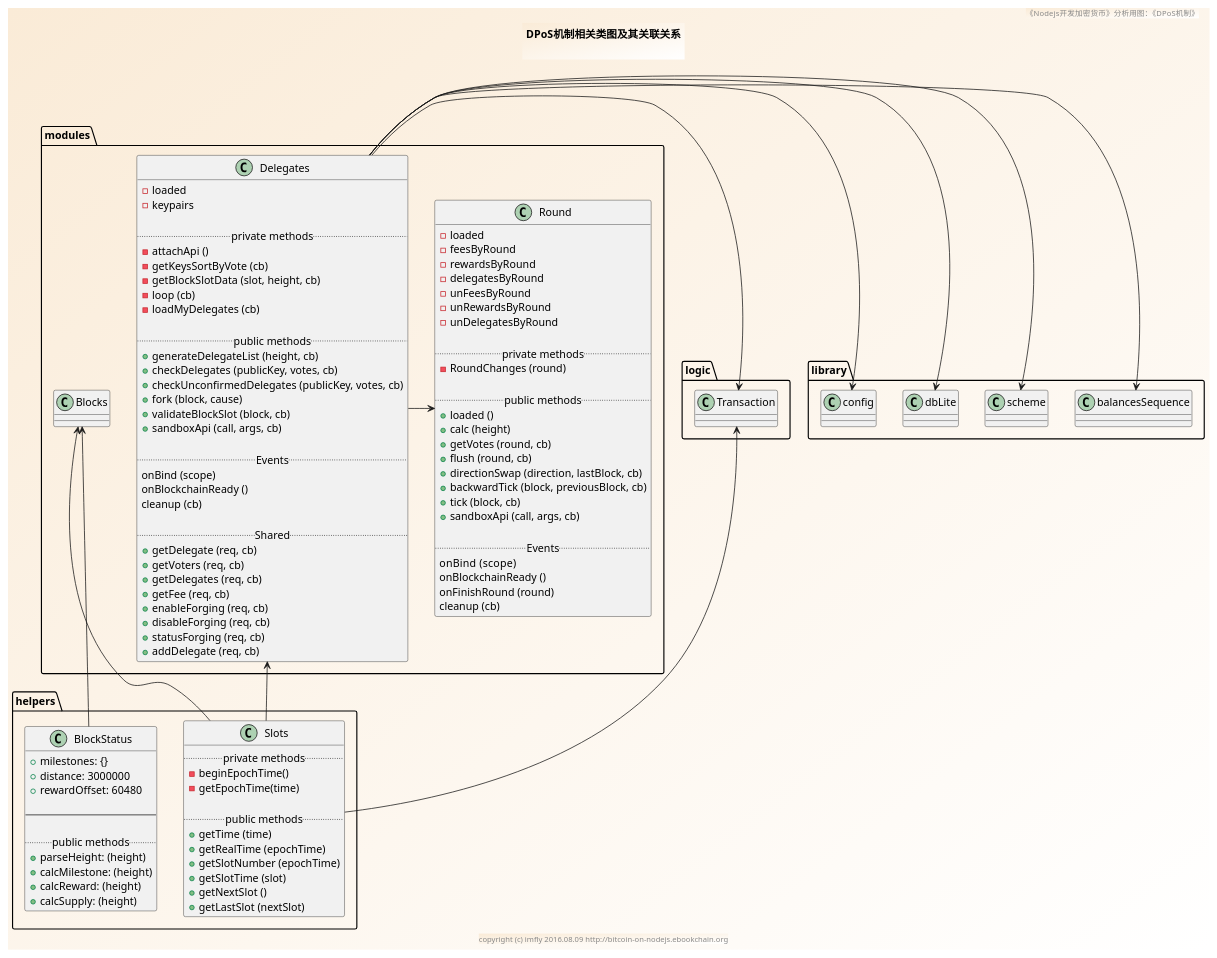
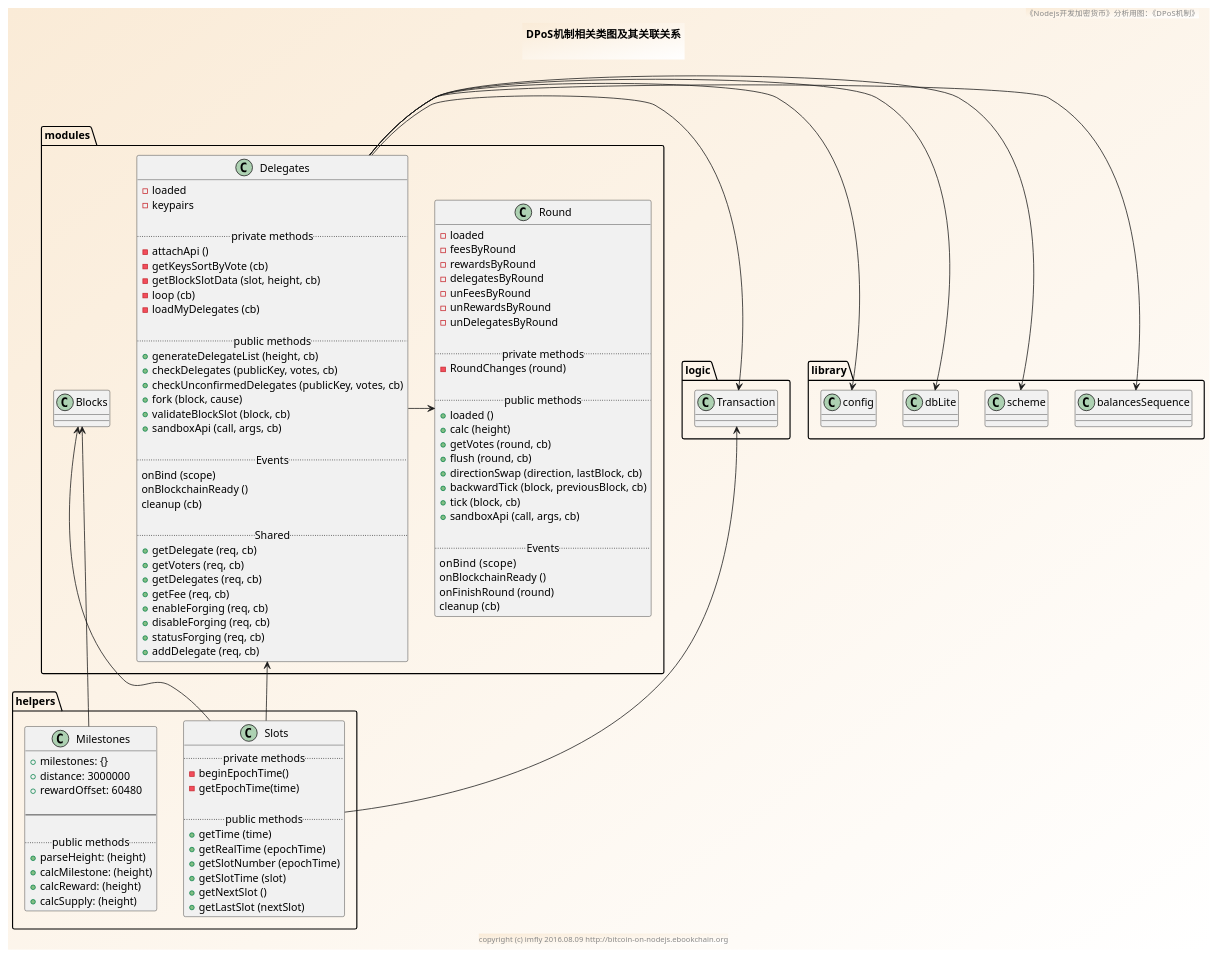
One commit to brightmanforever022/bitcoin-on-nodejs changed the diagram in sources/modules/dpos/class.pu. Above: the diagram before and after it, drawn with PlantUML. The commit also changed 5 other files, not shown here.

```diff
--- a/sources/modules/dpos/class.pu
+++ b/sources/modules/dpos/class.pu
@@ -1,135 +1,135 @@
 @startuml ../../../styles/images/modules/dpos/dpos-class.png
 skinparam BorderColor #blue\9932CC
 skinparam backgroundcolor AntiqueWhite/white
 
 title
 DPoS机制相关类图及其关联关系
 
 end title
 footer copyright (c) imfly 2016.08.09 http://bitcoin-on-nodejs.ebookchain.org
 header 《Nodejs开发加密货币》分析用图：《DPoS机制》
 
 
 package helpers {
   ' helpers/slots.js
   Class Slots {
     .. private methods ..
     - beginEpochTime()
     - getEpochTime(time)
 
     .. public methods ..
     + getTime (time)
     + getRealTime (epochTime)
     + getSlotNumber (epochTime)
     + getSlotTime (slot)
     + getNextSlot ()
     + getLastSlot (nextSlot)
   }
 
-  ' helpers/blockStatus.js
-  Class BlockStatus {
+  ' helpers/milestones.js
+  Class Milestones {
     +milestones: {}
     +distance: 3000000
     +rewardOffset: 60480
 
     --
 
     .. public methods ..
     +parseHeight: (height)
     +calcMilestone: (height)
     +calcReward: (height)
     +calcSupply: (height)
   }
 }
 
 package modules {
   ' modules/blocks.js
   Class Blocks {
   }
 
   ' modules/loader.js
   Class Delegates {
     - loaded
     - keypairs
 
     .. private methods ..
     - attachApi ()
     - getKeysSortByVote (cb)
     - getBlockSlotData (slot, height, cb)
     - loop (cb)
     - loadMyDelegates (cb)
 
     .. public methods ..
     + generateDelegateList (height, cb)
     + checkDelegates (publicKey, votes, cb)
     + checkUnconfirmedDelegates (publicKey, votes, cb)
     + fork (block, cause)
     + validateBlockSlot (block, cb)
     + sandboxApi (call, args, cb)
 
     .. Events ..
     onBind (scope)
     onBlockchainReady ()
     cleanup (cb)
 
     .. Shared ..
     + getDelegate (req, cb)
     + getVoters (req, cb)
     + getDelegates (req, cb)
     + getFee (req, cb)
     + enableForging (req, cb)
     + disableForging (req, cb)
     + statusForging (req, cb)
     + addDelegate (req, cb)
   }
 
   ' modules/round.js
   Class Round {
     - loaded
     - feesByRound
     - rewardsByRound
     - delegatesByRound
     - unFeesByRound
     - unRewardsByRound
     - unDelegatesByRound
 
     .. private methods ..
     - RoundChanges (round)
 
     .. public methods ..
     + loaded ()
     + calc (height)
     + getVotes (round, cb)
     + flush (round, cb)
     + directionSwap (direction, lastBlock, cb)
     + backwardTick (block, previousBlock, cb)
     + tick (block, cb)
     + sandboxApi (call, args, cb)
 
     .. Events ..
     onBind  (scope)
     onBlockchainReady ()
     onFinishRound (round)
     cleanup (cb)
   }
 }
 
 package logic {
   ' logic/transaction.js
   Class Transaction {
 
   }
 }
 
 ' relationship
-BlockStatus -up-> Blocks
+Milestones -up-> Blocks
 Slots -up-> Blocks
 Slots -right-> Delegates
 Slots -left-> Transaction
 Delegates -right-> Transaction
 Delegates -left-> library.balancesSequence
 Delegates -left-> library.scheme
 Delegates -left-> library.dbLite
 Delegates -left-> library.config
 Delegates -right-> Round
 @enduml
```
